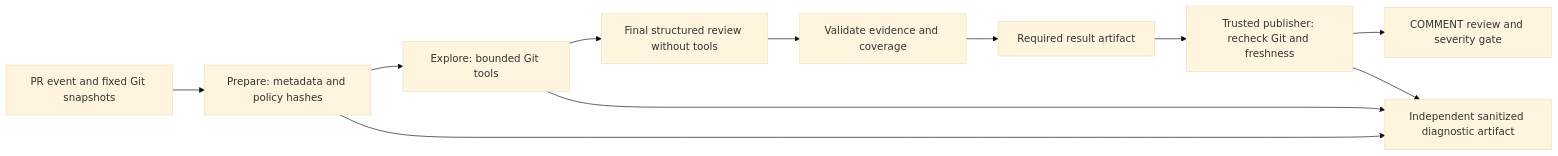
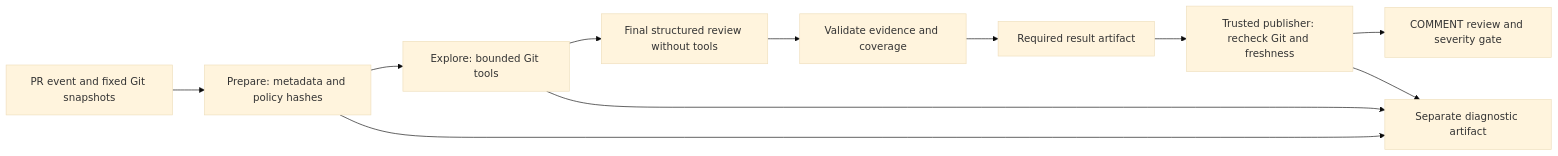
Before and after one commit to YKalcheuskaya/claude-pr-review: the diagram in README.md, drawn with Mermaid (base theme). The commit also changed other lines of this file and 23 other files, not shown here.

````diff
--- a/README.md
+++ b/README.md
@@ -9,13 +22,13 @@
 ```mermaid
 flowchart LR
   PR[PR event and fixed Git snapshots] --> A[Prepare: metadata and policy hashes]
   A --> T[Explore: bounded Git tools]
   T --> M[Final structured review without tools]
   M --> V[Validate evidence and coverage]
   V --> R[Required result artifact]
   R --> P[Trusted publisher: recheck Git and freshness]
   P --> G[COMMENT review and severity gate]
-  A --> D[Independent sanitized diagnostic artifact]
+  A --> D[Separate diagnostic artifact]
   T --> D
   P --> D
 ```
````
